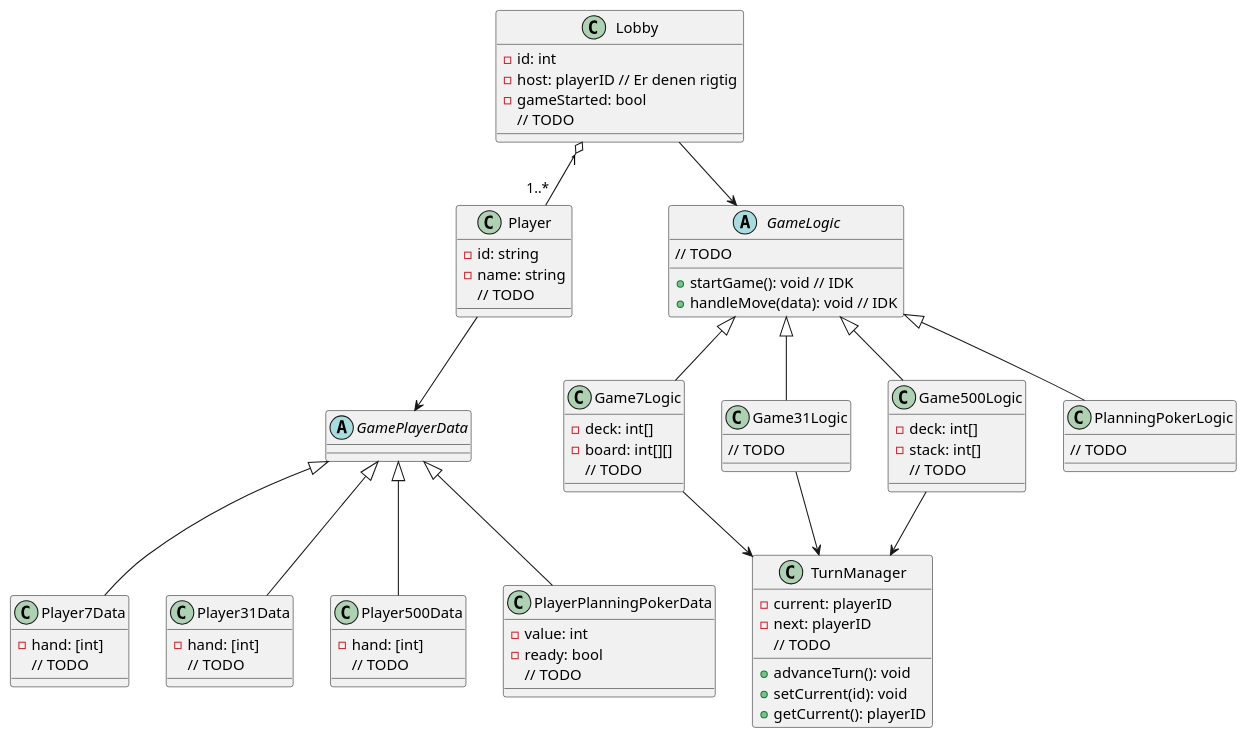
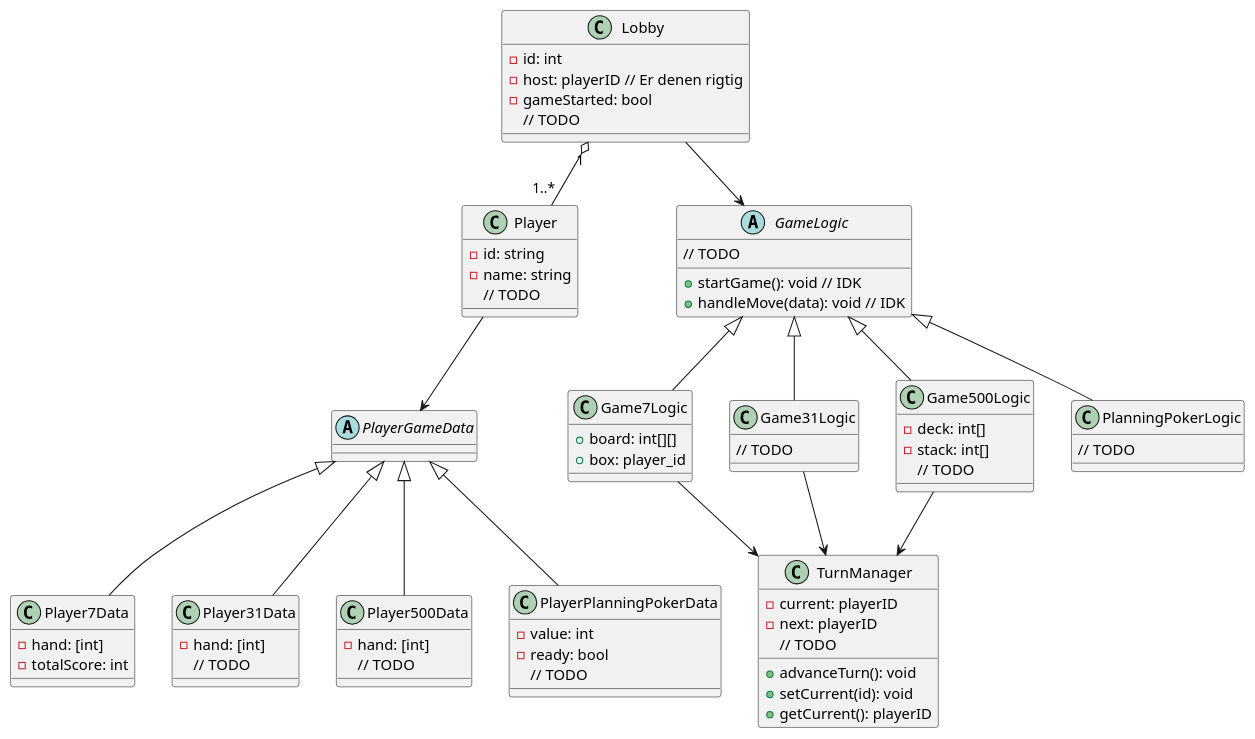
Before and after one commit to ChristianSteen-SW23/Card-Games: the diagram in #Doc/uml/socketClassDiagram.puml, drawn with PlantUML. The commit also changed 12 other files, not shown here.

```diff
--- a/#Doc/uml/socketClassDiagram.puml
+++ b/#Doc/uml/socketClassDiagram.puml
@@ -1,96 +1,95 @@
 @startuml socketClassDiagram
 
 class Lobby {
     - id: int
     - host: playerID // Er denen rigtig
     - gameStarted: bool
     // TODO
 }
 
 class Player {
     - id: string
     - name: string
     // TODO
 }
 
 
 abstract class GameLogic {
     + startGame(): void // IDK
     + handleMove(data): void // IDK
     // TODO
 }
 
 class Game7Logic {
-    - deck: int[]
-    - board: int[][]
-    // TODO
+    + board: int[][]
+    + box: player_id
 }
 
 class Game31Logic {
     // TODO
 }
 
 class Game500Logic {
     - deck: int[]
     - stack: int[]
     // TODO
 }
 
 class PlanningPokerLogic {
     // TODO
 }
 
 
 class TurnManager {
     - current: playerID
     - next: playerID
     + advanceTurn(): void
     + setCurrent(id): void
     + getCurrent(): playerID
     // TODO
 }
 
 
-abstract class GamePlayerData
+abstract class PlayerGameData
 
 class Player7Data {
     - hand: [int]
-    // TODO
+    - totalScore: int
 }
 
 class Player31Data {
     - hand: [int]
     // TODO
 }
 
 class Player500Data {
     - hand: [int]
     // TODO
 }
 
 class PlayerPlanningPokerData {
     - value: int
     - ready: bool
     // TODO
 }
 
 
 Lobby --> GameLogic
 GameLogic <|-- Game7Logic
 GameLogic <|-- Game31Logic
 GameLogic <|-- Game500Logic
 GameLogic <|-- PlanningPokerLogic
 
 Game7Logic --> TurnManager
 Game31Logic --> TurnManager
 Game500Logic --> TurnManager
 
-Player --> GamePlayerData
-GamePlayerData <|-- Player7Data
-GamePlayerData <|-- Player31Data
-GamePlayerData <|-- Player500Data
-GamePlayerData <|-- PlayerPlanningPokerData
+Player --> PlayerGameData
+PlayerGameData <|-- Player7Data
+PlayerGameData <|-- Player31Data
+PlayerGameData <|-- Player500Data
+PlayerGameData <|-- PlayerPlanningPokerData
 
 Lobby "1" o-- "1..*" Player
 
 @enduml
```
